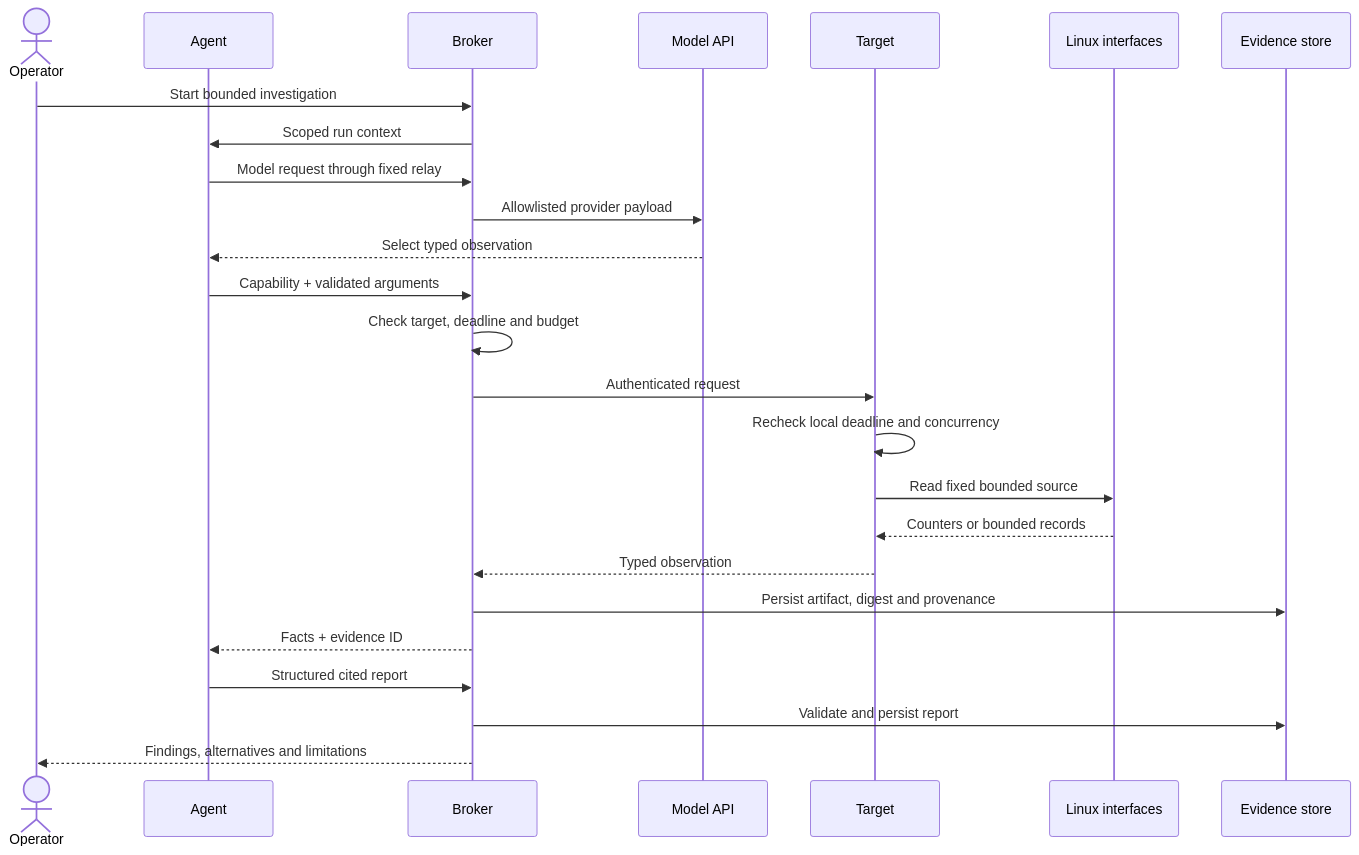
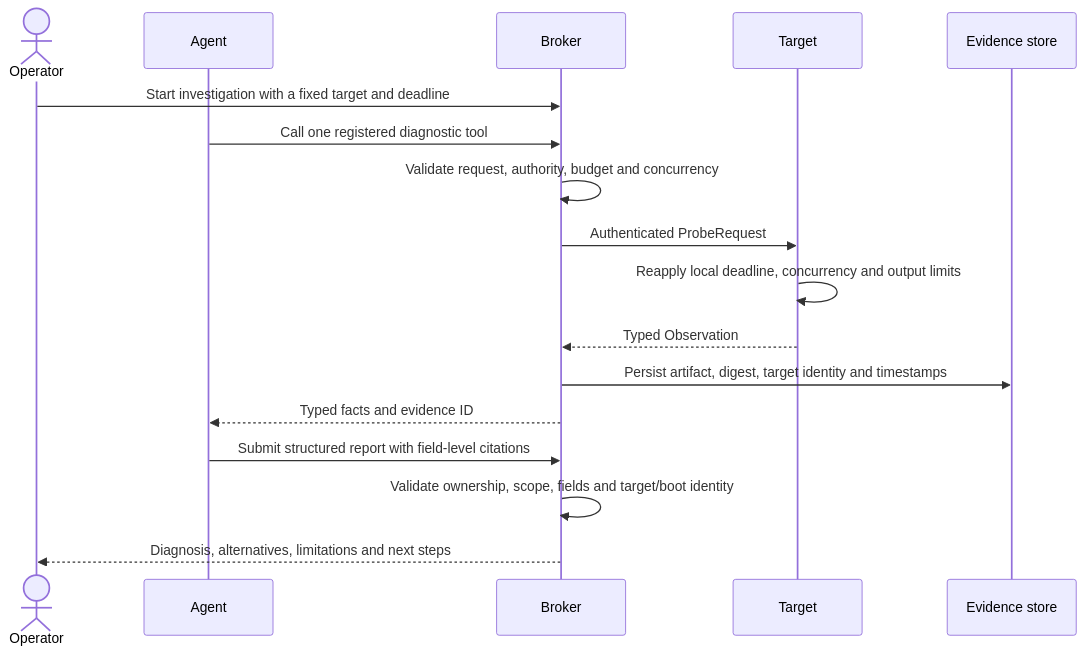
The second of 3 diagrams in docs/interview-presentation.md (Qingyu255/Linux-Oncall-Agent), drawn with Mermaid before and after one commit. The commit also changed other lines of this file, not shown here.

````diff
--- a/docs/interview-presentation.md
+++ b/docs/interview-presentation.md
@@ -86,28 +53,20 @@
 ```mermaid
 sequenceDiagram
     actor O as Operator
     participant A as Agent
     participant B as Broker
-    participant M as Model API
     participant T as Target
-    participant L as Linux interfaces
     participant E as Evidence store
 
-    O->>B: Start bounded investigation
-    B->>A: Scoped run context
-    A->>B: Model request through fixed relay
-    B->>M: Allowlisted provider payload
-    M-->>A: Select typed observation
-    A->>B: Capability + validated arguments
-    B->>B: Check target, deadline and budget
-    B->>T: Authenticated request
-    T->>T: Recheck local deadline and concurrency
-    T->>L: Read fixed bounded source
-    L-->>T: Counters or bounded records
-    T-->>B: Typed observation
-    B->>E: Persist artifact, digest and provenance
-    B-->>A: Facts + evidence ID
-    A->>B: Structured cited report
-    B->>E: Validate and persist report
-    B-->>O: Findings, alternatives and limitations
+    O->>B: Start investigation with a fixed target and deadline
+    A->>B: Call one registered diagnostic tool
+    B->>B: Validate request, authority, budget and concurrency
+    B->>T: Authenticated ProbeRequest
+    T->>T: Reapply local deadline, concurrency and output limits
+    T-->>B: Typed Observation
+    B->>E: Persist artifact, digest, target identity and timestamps
+    B-->>A: Typed facts and evidence ID
+    A->>B: Submit structured report with field-level citations
+    B->>B: Validate ownership, scope, fields and target/boot identity
+    B-->>O: Diagnosis, alternatives, limitations and next steps
 ```
````
